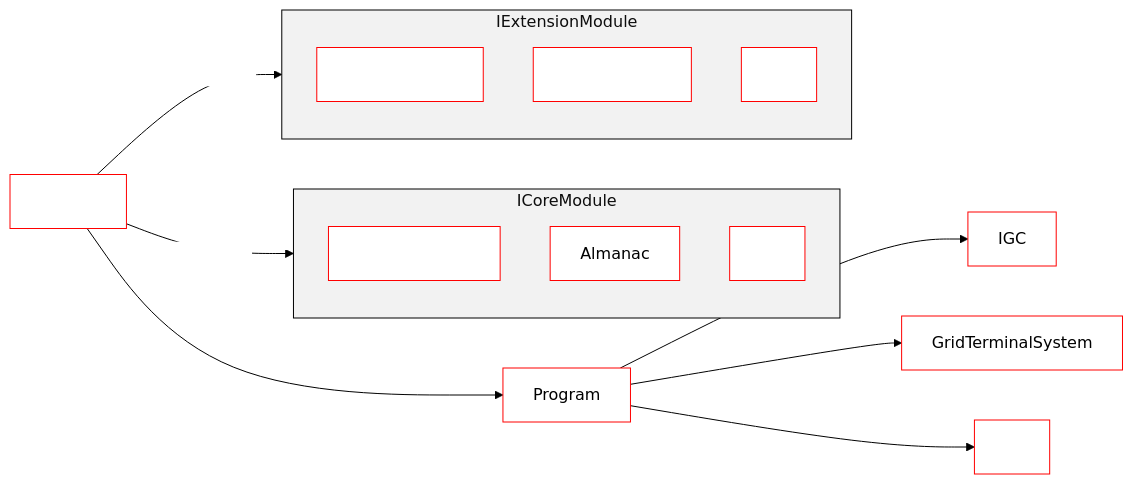
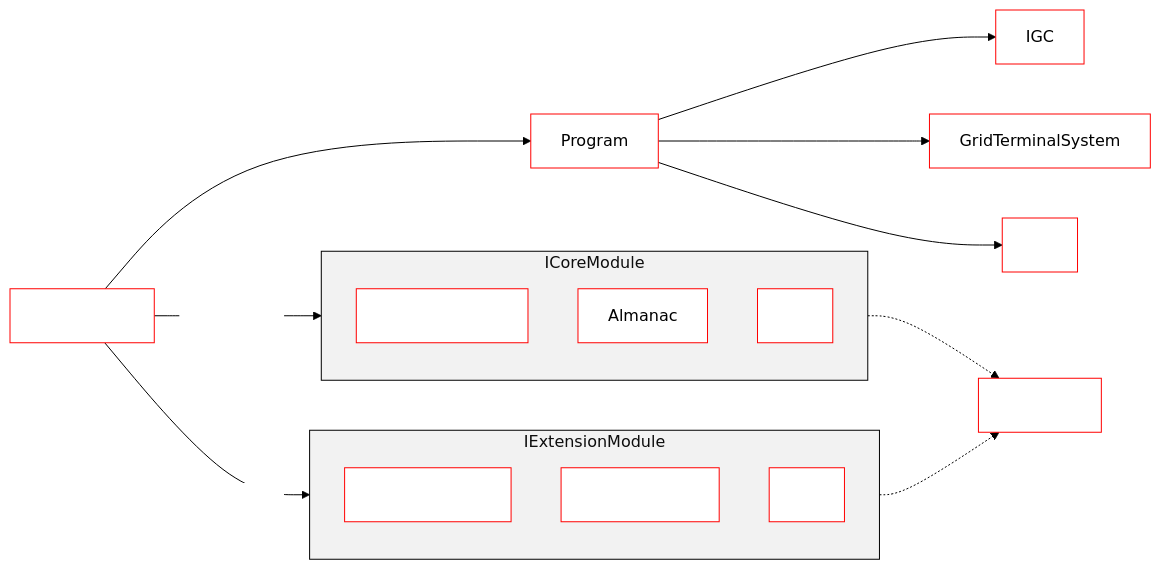
One commit to lukejamesmorrison/mother-docs changed the first of 5 diagrams in docs/Framework/Developer/GettingStarted/ArchitectureOverview.md. Above: the diagram before and after it, drawn with Mermaid. The commit also changed 17 other files, not shown here.

````diff
--- a/docs/Framework/Developer/GettingStarted/ArchitectureOverview.md
+++ b/docs/Framework/Developer/GettingStarted/ArchitectureOverview.md
@@ -14,42 +14,49 @@
 ```mermaid
 %%{
   init: {
     'theme': 'base',
     'themeVariables': {
         'primaryColor': '#BB2528',
         'primaryTextColor': '#fff',
         'primaryBorderColor': '#7C0000',
         'mainBkg': 'white',
         'nodeBorder': 'red',
         'lineColor': 'black',
         'secondaryColor': 'white',
         'secondaryBorderColor': 'black',
         'tertiaryColor': '#F2F2F2',
         'tertiaryBorderColor': 'black'
     }
   }
 }%%
 
 graph LR
-    Mother["Mother"] -->|Depends on| ICoreModule["ICoreModule"]
-    Mother -->|Depends on| Program
-    Mother -->|Composed of| IExtensionModule["IExtensionModule"]
+    MotherOS["Mother OS"]-->|Depends on| Program
+    MotherOS -->|Composed of| IExtensionModule["IExtensionModule"]
+    MotherOS -->|Composed of| ICoreModule["ICoreModule"]
+
+    ICoreModule .-> IModule["IModule"]
+    IExtensionModule .-> IModule["IModule"]
+
+
+
 
     subgraph ICoreModule
         CM2["CommandBus"]
         CM3[<a href='./Developer/CoreModules/Almanac.html' style='color: black; text-decoration: none'>Almanac</a>]
         CM4["..."]
 
     end
 
     subgraph IExtensionModule
         EM1["PistonModule"]
         EM3["LightModule"]
         EM4["..."]
     end
 
+
     Program[<a href='https://github.com/malware-dev/MDK-SE/wiki/Sandbox.ModAPI.Ingame.MyGridProgram' target="_blank" style='color: black; text-decoration: none'>Program</a>]
     Program --> PM1[<a href='https://github.com/malware-dev/MDK-SE/wiki/Sandbox.ModAPI.Ingame.IMyIntergridCommunicationSystem' target="_blank" style='color: black; text-decoration: none'>IGC</a>]
     Program --> PM3[<a href='https://github.com/malware-dev/MDK-SE/wiki/Sandbox.ModAPI.Ingame.IMyGridTerminalSystem' target="_blank" style='color: black; text-decoration: none'>GridTerminalSystem</a>]
     Program --> PM4["..."]
 ```
````
